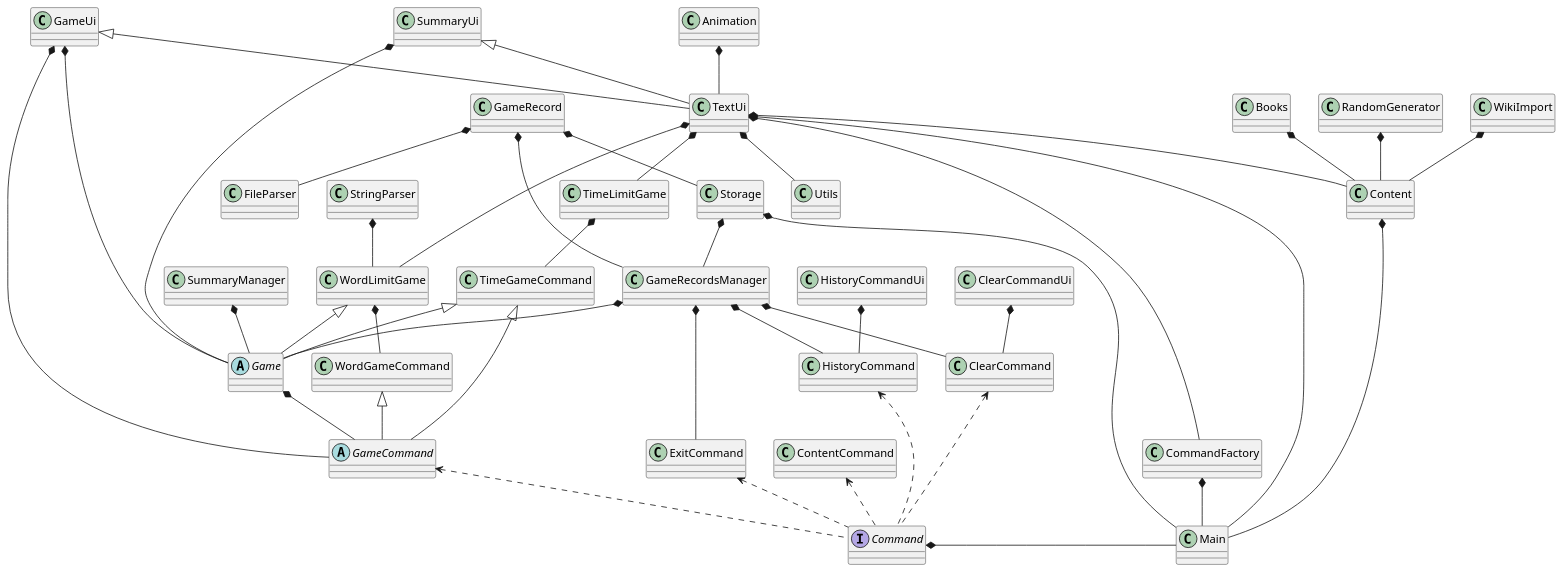
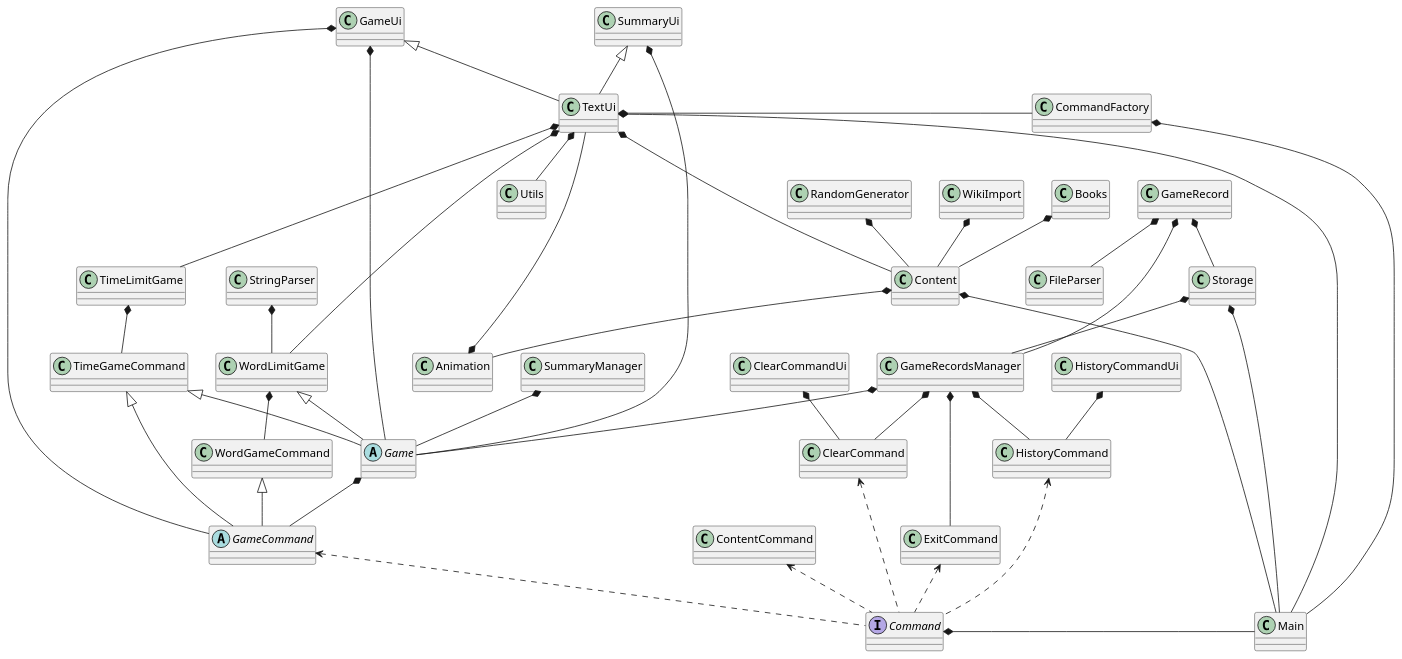
Before and after one commit to nus-cs2113-AY2122S1/tp: the diagram in docs/diagrams/architecture.puml, drawn with PlantUML.

Commit message:
Architecture

```diff
--- a/docs/diagrams/architecture.puml
+++ b/docs/diagrams/architecture.puml
@@ -1,79 +1,80 @@
 @startuml
 'https://plantuml.com/class-diagram
 
 class Main
 interface Command
 class ClearCommand
 class ContentCommand
 class ExitCommand
 abstract class GameCommand
 class HistoryCommand
 class TimeGameCommand
 class WordGameCommand
 class CommandFactory
 class Books
 class Utils
 class SummaryUi
 class StringParser
 class Content
 class TimeLimitGame
 class WordLimitGame
 abstract class Game
 class Storage
 class Animation
 class RandomGenerator
 class WikiImport
 class GameRecord
 class GameRecordsManager
 class SummaryManager
 class FileParser
 class ClearCommandUi
 class GameUi
 class HistoryCommandUi
 class TextUi
 
 ClearCommand <.. Command
 ContentCommand <.. Command
 ExitCommand <.. Command
 GameCommand <.. Command
 HistoryCommand <.. Command
 TimeGameCommand <|-- GameCommand
 WordGameCommand <|-- GameCommand
 TimeGameCommand <|-- Game
 WordLimitGame <|-- Game
 GameUi <|-- TextUi
 SummaryUi <|-- TextUi
 Storage *- Main
 Content *-- Main
 TextUi *-- Main
 CommandFactory *-- Main
 Command *- Main
 Animation *-- TextUi
+Content *-- Animation
 GameUi *-- Game
 SummaryUi *-- Game
 SummaryManager *-- Game
 GameRecordsManager *-- Game
 Game *-- GameCommand
 GameUi *-- GameCommand
 GameRecordsManager *-- ClearCommand
 ClearCommandUi *-- ClearCommand
 GameRecordsManager *-- ExitCommand
 GameRecordsManager *-- HistoryCommand
 HistoryCommandUi *-- HistoryCommand
 TimeLimitGame *-- TimeGameCommand
 WordLimitGame *-- WordGameCommand
 TextUi *- CommandFactory
 TextUi *-- Utils
-TextUi *-- Content
+TextUi *--- Content
 WikiImport *-- Content
 RandomGenerator *-- Content
 Books *-- Content
 Storage *-- GameRecordsManager
 GameRecord *-- GameRecordsManager
-TextUi *-- TimeLimitGame
+TextUi *--- TimeLimitGame
 TextUi *-- WordLimitGame
 GameRecord *-- FileParser
 GameRecord *-- Storage
 StringParser *-- WordLimitGame
 
 @enduml
```
